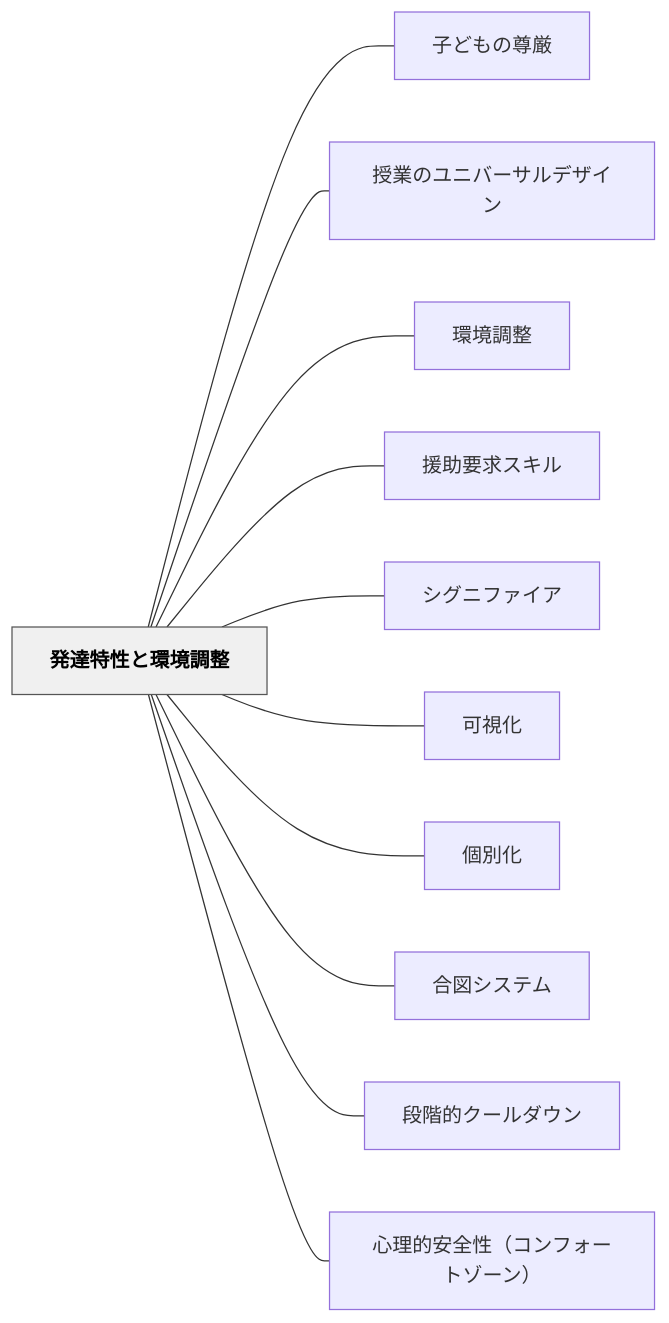
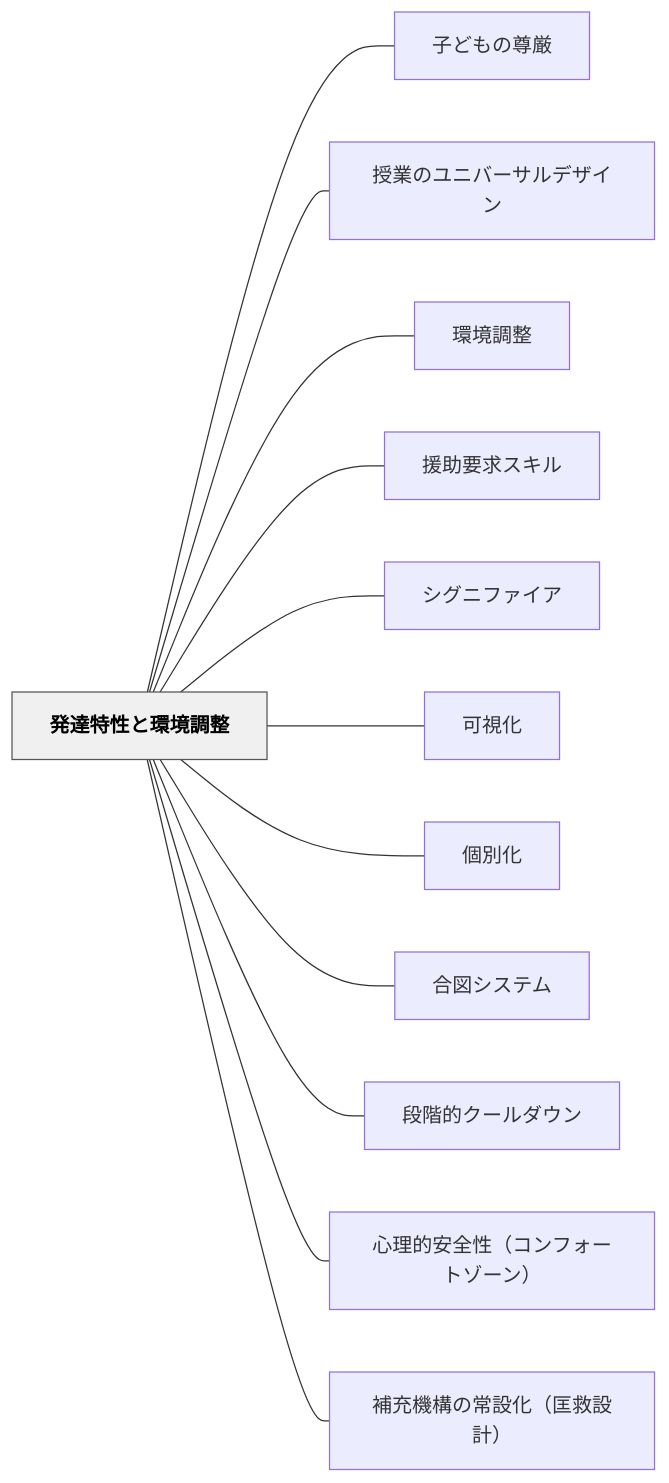
Before and after one commit to unknownthings-ed-patterns/unknownthings-ed-patterns: the diagram in content/パタン/発達特性と環境調整.md, drawn with Mermaid. The commit also changed other lines of this file and 2 other files, not shown here.

Commit message:
auto: Obsidianから同期 2026-06-15 17:59

````diff
--- a/content/パタン/発達特性と環境調整.md
+++ b/content/パタン/発達特性と環境調整.md
@@ -191,28 +192,30 @@
 ```mermaid
 flowchart LR
     ne799bae98194e789b9e680a7e381a8e792b0e5a283e8aabfe695b4["発達特性と環境調整"]
     ne5ad90e381a9e38282e381aee5b08ae58eb3["子どもの尊厳"]
     ne68e88e6a5ade381aee383a6e3838be38390e383bce382b5e383abe38387e382b6e382a4e383b3["授業のユニバーサルデザイン"]
     ne792b0e5a283e8aabfe695b4["環境調整"]
     ne68fb4e58aa9e8a681e6b182e382b9e382ade383ab["援助要求スキル"]
     ne382b7e382b0e3838be38395e382a1e382a4e382a2["シグニファイア"]
     ne58fafe8a696e58c96["可視化"]
     ne5808be588a5e58c96["個別化"]
     ne59088e59bb3e382b7e382b9e38386e383a0["合図システム"]
     ne6aeb5e99a8ee79a84e382afe383bce383abe38380e382a6e383b3["段階的クールダウン"]
     ne5bf83e79086e79a84e5ae89e585a8e680a7efbc88e382b3e383b3e38395e382a9e383bce38388e382bee383bce383b3efbc89["心理的安全性（コンフォートゾーン）"]
+    ne8a39ce58585e6a99fe6a78be381aee5b8b8e8a8ade58c96efbc88e58ca1e69591e8a8ade8a888efbc89["補充機構の常設化（匡救設計）"]
 
     ne799bae98194e789b9e680a7e381a8e792b0e5a283e8aabfe695b4 --- ne5ad90e381a9e38282e381aee5b08ae58eb3
     ne799bae98194e789b9e680a7e381a8e792b0e5a283e8aabfe695b4 --- ne68e88e6a5ade381aee383a6e3838be38390e383bce382b5e383abe38387e382b6e382a4e383b3
     ne799bae98194e789b9e680a7e381a8e792b0e5a283e8aabfe695b4 --- ne792b0e5a283e8aabfe695b4
     ne799bae98194e789b9e680a7e381a8e792b0e5a283e8aabfe695b4 --- ne68fb4e58aa9e8a681e6b182e382b9e382ade383ab
     ne799bae98194e789b9e680a7e381a8e792b0e5a283e8aabfe695b4 --- ne382b7e382b0e3838be38395e382a1e382a4e382a2
     ne799bae98194e789b9e680a7e381a8e792b0e5a283e8aabfe695b4 --- ne58fafe8a696e58c96
     ne799bae98194e789b9e680a7e381a8e792b0e5a283e8aabfe695b4 --- ne5808be588a5e58c96
     ne799bae98194e789b9e680a7e381a8e792b0e5a283e8aabfe695b4 --- ne59088e59bb3e382b7e382b9e38386e383a0
     ne799bae98194e789b9e680a7e381a8e792b0e5a283e8aabfe695b4 --- ne6aeb5e99a8ee79a84e382afe383bce383abe38380e382a6e383b3
     ne799bae98194e789b9e680a7e381a8e792b0e5a283e8aabfe695b4 --- ne5bf83e79086e79a84e5ae89e585a8e680a7efbc88e382b3e383b3e38395e382a9e383bce38388e382bee383bce383b3efbc89
+    ne799bae98194e789b9e680a7e381a8e792b0e5a283e8aabfe695b4 --- ne8a39ce58585e6a99fe6a78be381aee5b8b8e8a8ade58c96efbc88e58ca1e69591e8a8ade8a888efbc89
 
     classDef hub fill:#f0f0f0,stroke:#555,color:#000,font-weight:bold
     class ne799bae98194e789b9e680a7e381a8e792b0e5a283e8aabfe695b4 hub
 ```
````
